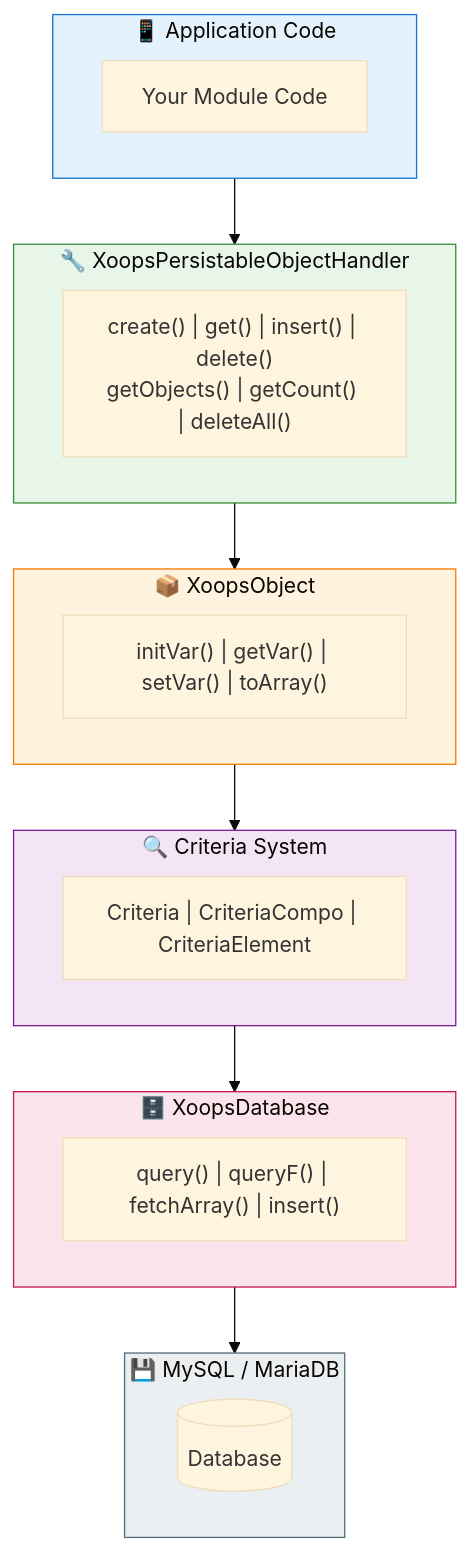
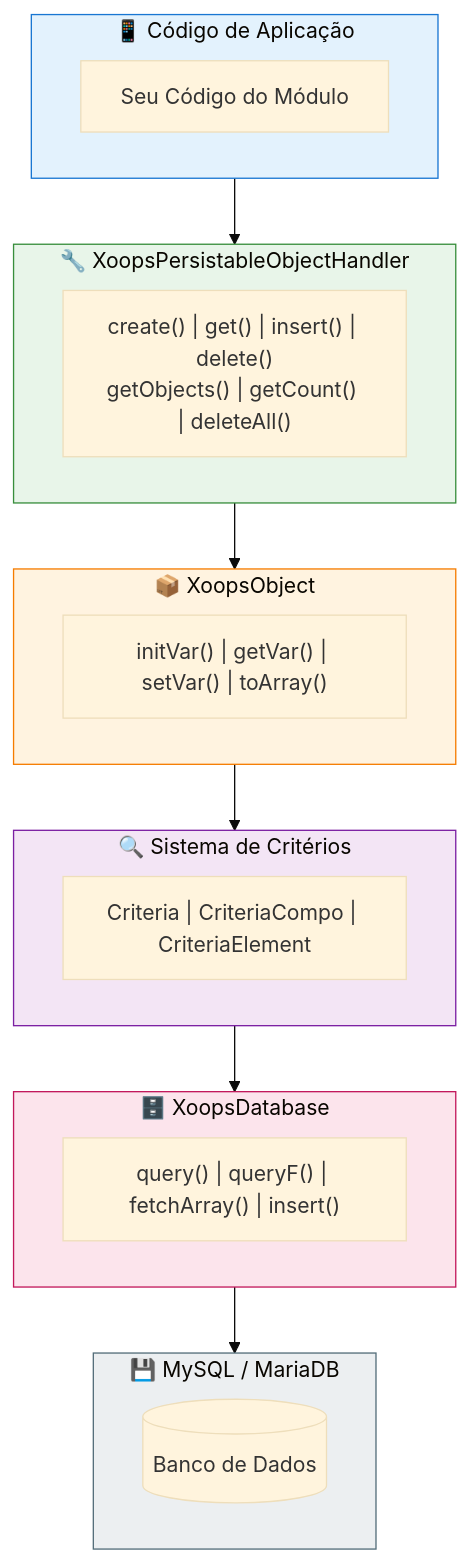
Before and after one commit to mambax7/xoops-docs: the diagram in apps/docs-27/src/content/docs/pt/core-concepts/database/index.md, drawn with Mermaid (base theme). The commit also changed other lines of this file and 162 other files, not shown here.

````diff
--- a/apps/docs-27/src/content/docs/pt/core-concepts/database/index.md
+++ b/apps/docs-27/src/content/docs/pt/core-concepts/database/index.md
@@ -31,39 +31,39 @@
 ```mermaid
 flowchart TB
-    subgraph App["📱 Application Code"]
-        AppCode["Your Module Code"]
+    subgraph App["📱 Código de Aplicação"]
+        AppCode["Seu Código do Módulo"]
     end
 
     subgraph Handler["🔧 XoopsPersistableObjectHandler"]
         HandlerMethods["create() | get() | insert() | delete()<br/>getObjects() | getCount() | deleteAll()"]
     end
 
     subgraph Object["📦 XoopsObject"]
         ObjectMethods["initVar() | getVar() | setVar() | toArray()"]
     end
 
-    subgraph Criteria["🔍 Criteria System"]
+    subgraph Criteria["🔍 Sistema de Critérios"]
         CriteriaMethods["Criteria | CriteriaCompo | CriteriaElement"]
     end
 
     subgraph Database["🗄️ XoopsDatabase"]
         DatabaseMethods["query() | queryF() | fetchArray() | insert()"]
     end
 
     subgraph Storage["💾 MySQL / MariaDB"]
-        DB[(Database)]
+        DB[(Banco de Dados)]
     end
 
     App --> Handler
     Handler --> Object
     Object --> Criteria
     Criteria --> Database
     Database --> Storage
 
     style App fill:#e3f2fd,stroke:#1976d2
     style Handler fill:#e8f5e9,stroke:#388e3c
     style Object fill:#fff3e0,stroke:#f57c00
     style Criteria fill:#f3e5f5,stroke:#7b1fa2
     style Database fill:#fce4ec,stroke:#c2185b
     style Storage fill:#eceff1,stroke:#546e7a
 ```
````
